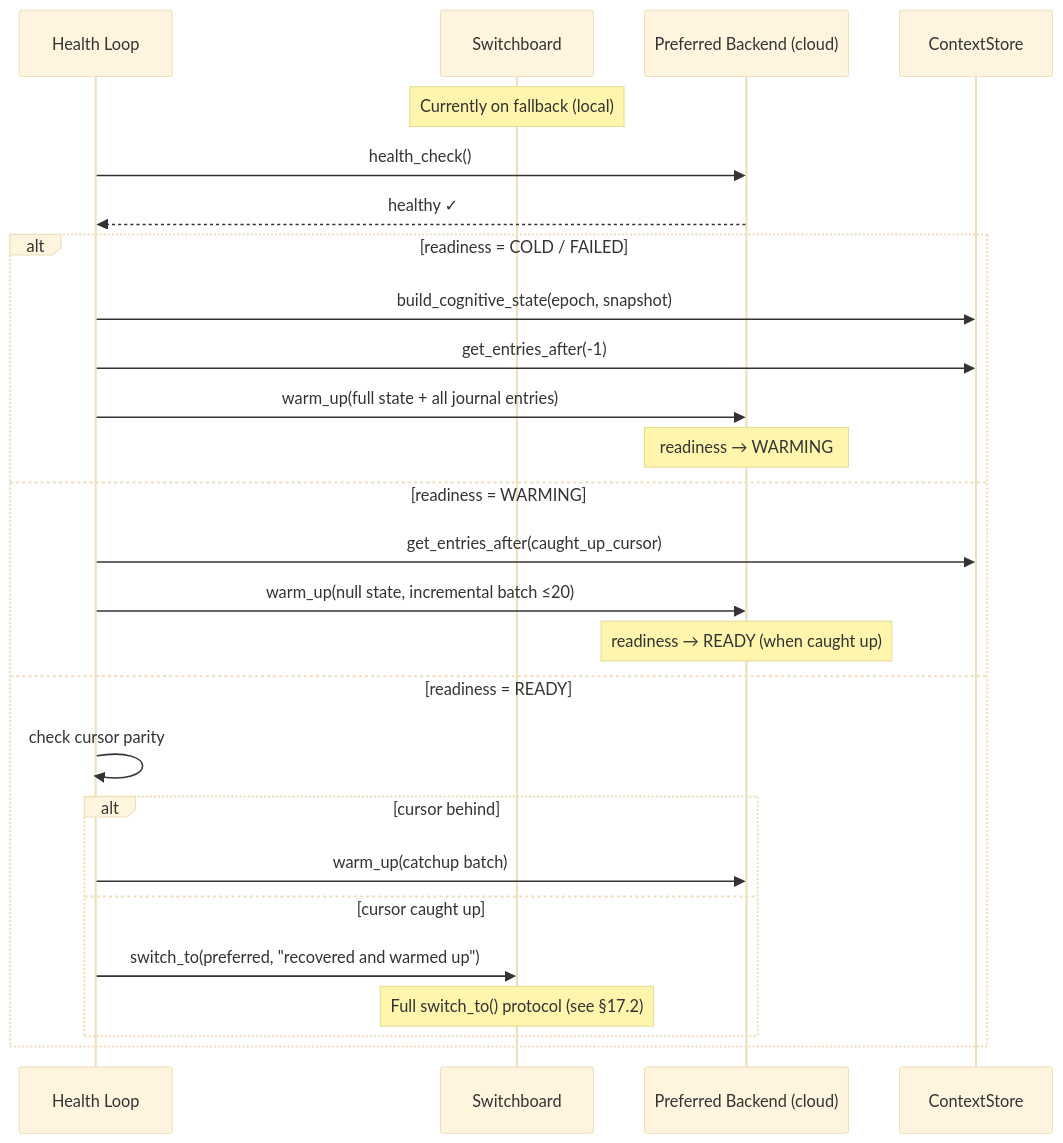
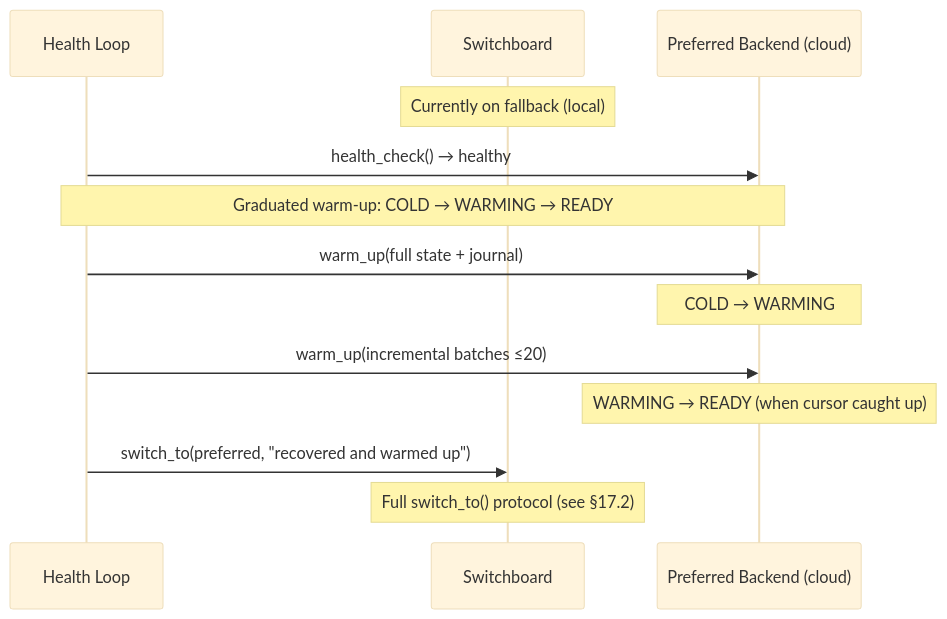
Before and after one commit to andrei-ace/HALO: the second of 3 diagrams in docs/halo_architecture.md, drawn with Mermaid (base theme). The commit also changed other lines of this file and 2 other files, not shown here.

First line of the commit message:
docs: trim stale content, add cognitive backend section, fix phase IDs

````diff
--- a/docs/halo_architecture.md
+++ b/docs/halo_architecture.md
@@ -716,31 +561,19 @@
 ```mermaid
 sequenceDiagram
     participant HL as Health Loop
     participant SB as Switchboard
     participant Preferred as Preferred Backend (cloud)
-    participant CS as ContextStore
 
     Note over SB: Currently on fallback (local)
 
-    HL->>Preferred: health_check()
-    Preferred-->>HL: healthy ✓
+    HL->>Preferred: health_check() → healthy
+    Note over HL,Preferred: Graduated warm-up: COLD → WARMING → READY
 
-    alt readiness = COLD / FAILED
-        HL->>CS: build_cognitive_state(epoch, snapshot)
-        HL->>CS: get_entries_after(-1)
-        HL->>Preferred: warm_up(full state + all journal entries)
-        Note over Preferred: readiness → WARMING
-    else readiness = WARMING
-        HL->>CS: get_entries_after(caught_up_cursor)
-        HL->>Preferred: warm_up(null state, incremental batch ≤20)
-        Note over Preferred: readiness → READY (when caught up)
-    else readiness = READY
-        HL->>HL: check cursor parity
-        alt cursor behind
-            HL->>Preferred: warm_up(catchup batch)
-        else cursor caught up
-            HL->>SB: switch_to(preferred, "recovered and warmed up")
-            Note over SB: Full switch_to() protocol (see §17.2)
-        end
-    end
+    HL->>Preferred: warm_up(full state + journal)
+    Note over Preferred: COLD → WARMING
+    HL->>Preferred: warm_up(incremental batches ≤20)
+    Note over Preferred: WARMING → READY (when cursor caught up)
+
+    HL->>SB: switch_to(preferred, "recovered and warmed up")
+    Note over SB: Full switch_to() protocol (see §17.2)
 ```
````
